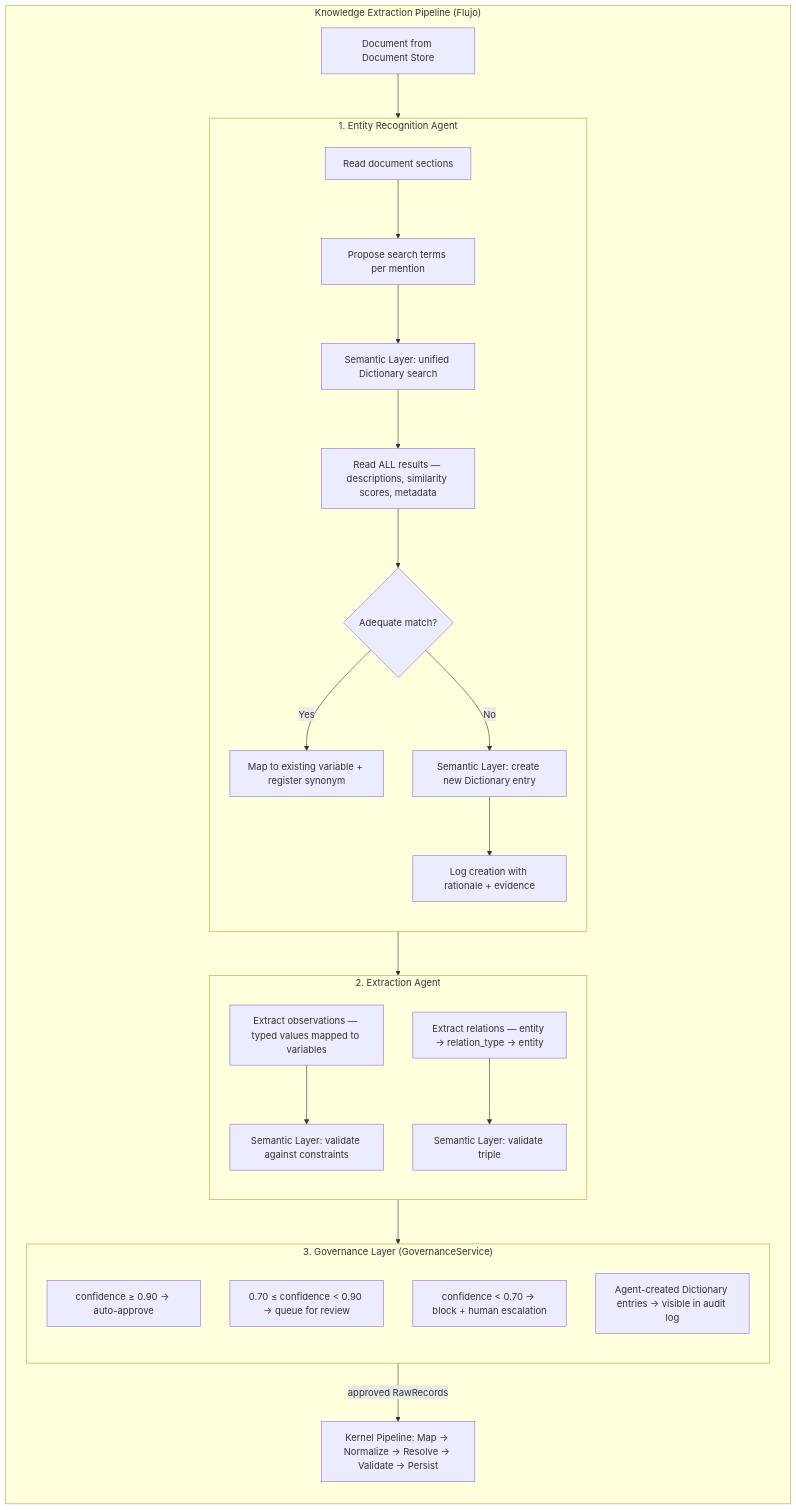
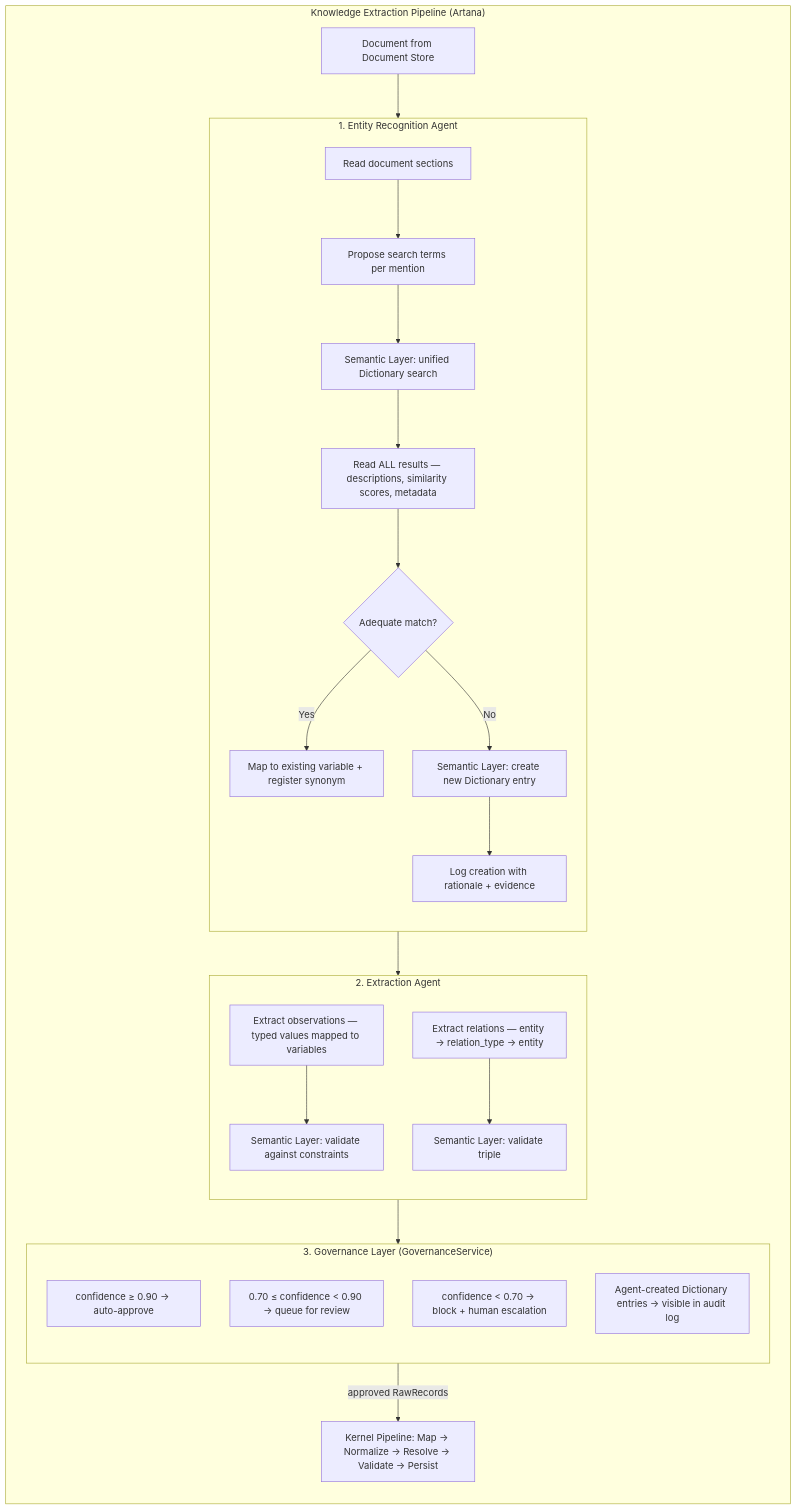
One commit to med13foundation/monorepo changed the third of 5 diagrams in docs/latest_plan_path/datasources_architecture.md. Above: the diagram before and after it, drawn with Mermaid. The commit also changed other lines of this file and 322 other files, not shown here.

````diff
--- a/docs/latest_plan_path/datasources_architecture.md
+++ b/docs/latest_plan_path/datasources_architecture.md
@@ -547,41 +547,41 @@
 ```mermaid
 flowchart TB
-  subgraph KE["Knowledge Extraction Pipeline (Flujo)"]
+  subgraph KE["Knowledge Extraction Pipeline (Artana)"]
     direction TB
 
     DOC_IN[Document from Document Store] --> ERA
 
     subgraph ERA["1. Entity Recognition Agent"]
       direction TB
       ERA_READ[Read document sections] --> ERA_TERMS[Propose search terms per mention]
       ERA_TERMS --> ERA_SEARCH["Semantic Layer: unified Dictionary search"]
       ERA_SEARCH --> ERA_EVAL["Read ALL results — descriptions, similarity scores, metadata"]
       ERA_EVAL --> ERA_MATCH{Adequate match?}
       ERA_MATCH -->|Yes| ERA_MAP[Map to existing variable + register synonym]
       ERA_MATCH -->|No| ERA_CREATE["Semantic Layer: create new Dictionary entry"]
       ERA_CREATE --> ERA_AUDIT[Log creation with rationale + evidence]
     end
 
     ERA --> EXA
 
     subgraph EXA["2. Extraction Agent"]
       direction TB
       EXA_OBS[Extract observations — typed values mapped to variables]
       EXA_REL[Extract relations — entity → relation_type → entity]
       EXA_OBS --> EXA_VAL["Semantic Layer: validate against constraints"]
       EXA_REL --> EXA_TRIPLE["Semantic Layer: validate triple"]
     end
 
     EXA --> GOV
 
     subgraph GOV["3. Governance Layer (GovernanceService)"]
       direction TB
       GOV_HIGH["confidence ≥ 0.90 → auto-approve"]
       GOV_MED["0.70 ≤ confidence < 0.90 → queue for review"]
       GOV_LOW["confidence < 0.70 → block + human escalation"]
       GOV_DICT["Agent-created Dictionary entries → visible in audit log"]
     end
 
     GOV -->|approved RawRecords| KERNEL[Kernel Pipeline: Map → Normalize → Resolve → Validate → Persist]
   end
 ```
````
